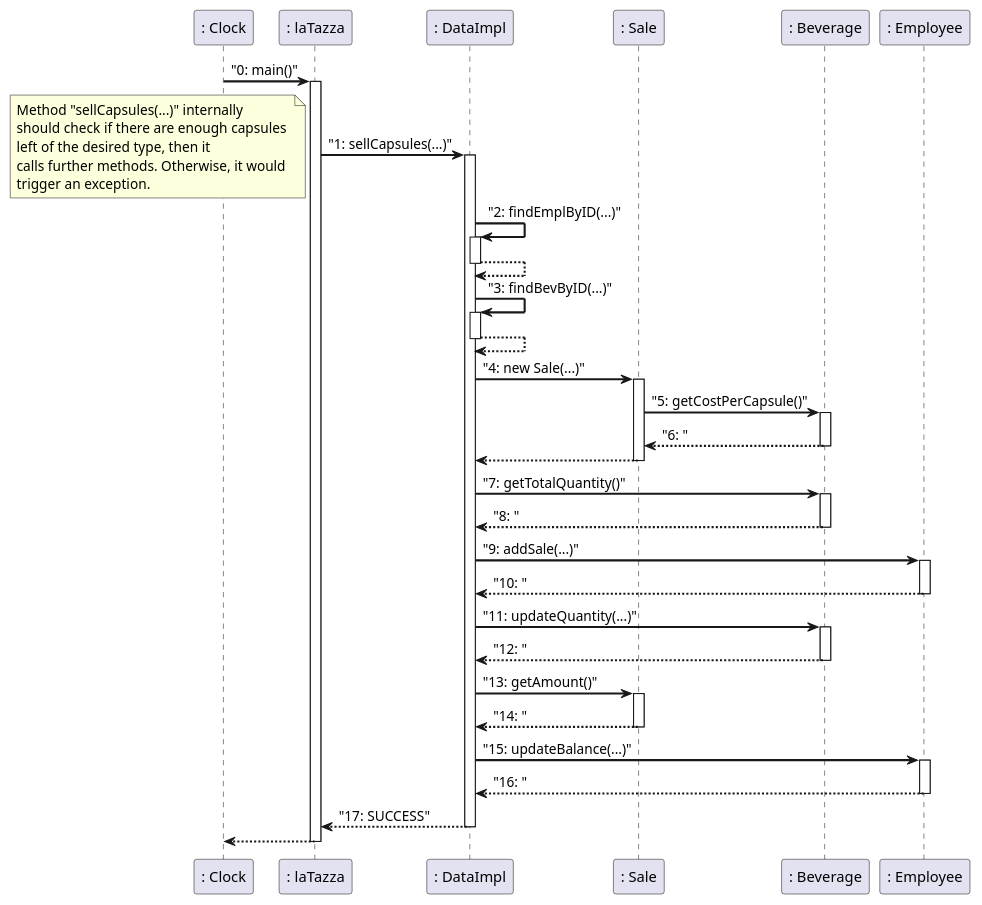
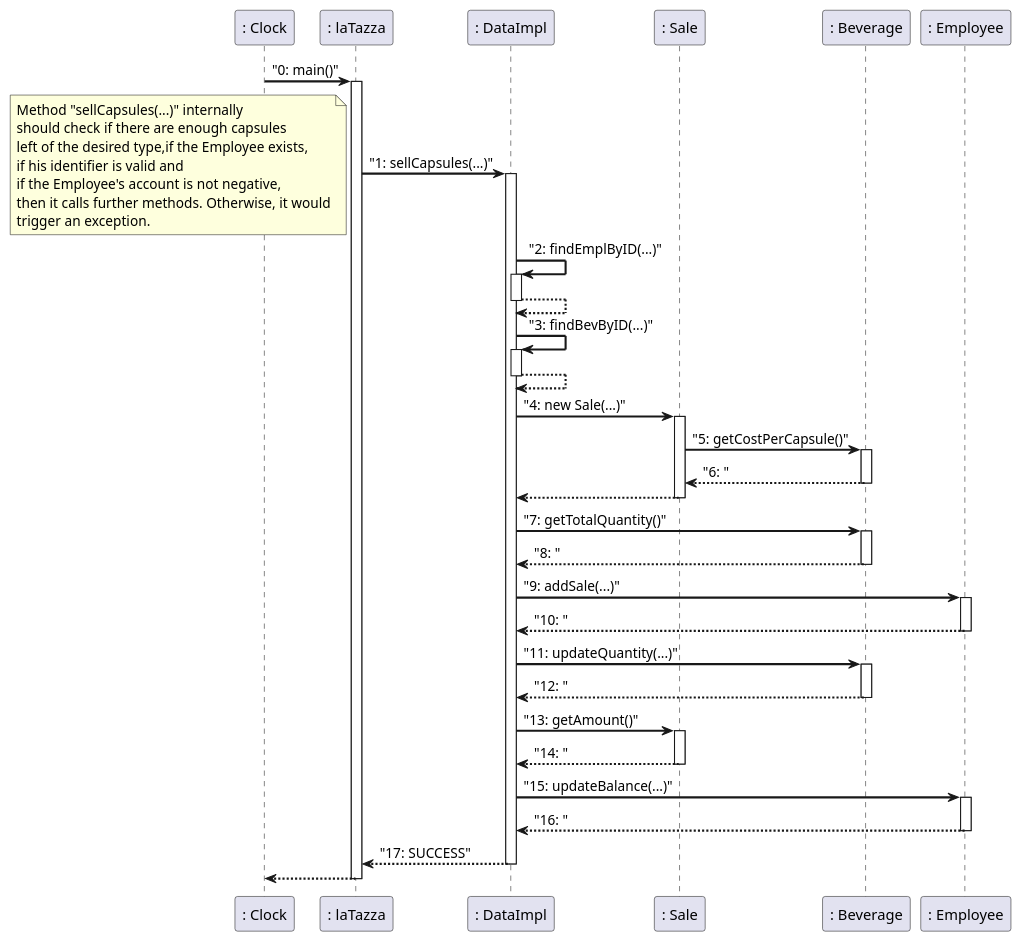
The fifth of 6 diagrams in templates/DesignDocumentTemplate.md (DarkSee/LaTazza), drawn with PlantUML before and after one commit. The commit also changed other lines of this file, not shown here.

Commit message:
Update note in Sequence Diagram

````diff
--- a/templates/DesignDocumentTemplate.md
+++ b/templates/DesignDocumentTemplate.md
@@ -238,52 +238,54 @@
 ```plantuml
 skinparam sequenceArrowThickness 2
 autoactivate on
 
 ": Clock" -> ": laTazza"  : "0: main()"
 ": laTazza" -> ": DataImpl": "1: sellCapsules(...)"
 
 note left
         Method "sellCapsules(...)" internally
         should check if there are enough capsules 
-        left of the desired type, then it 
-        calls further methods. Otherwise, it would
+        left of the desired type,if the Employee exists,
+        if his identifier is valid and
+        if the Employee's account is not negative,
+        then it calls further methods. Otherwise, it would
         trigger an exception.
 end note
 
 ": DataImpl" -> ": DataImpl": "2: findEmplByID(...)" 
 return
 
 
 ": DataImpl" -> ": DataImpl": "3: findBevByID(...)"
 return
 ": DataImpl" -> ": Sale": "4: new Sale(...)"
 
 ": Sale" -> ": Beverage": "5: getCostPerCapsule()"
 ": Sale" <--": Beverage": "6: "
 return
 
 ": DataImpl" -> ": Beverage": "7: getTotalQuantity()"
 ": DataImpl" <--": Beverage": "8: "
 
 
 ": DataImpl" -> ": Employee": "9: addSale(...)"
 ": Employee" --> ": DataImpl": "10: "
 
 ": DataImpl" -> ": Beverage": "11: updateQuantity(...)"
 ": Beverage" --> ": DataImpl": "12: "
 
 
 ": DataImpl" -> ": Sale": "13: getAmount()"
 
 ": Sale" --> ": DataImpl": "14: "
 
 ": DataImpl" -> ": Employee": "15: updateBalance(...)"
 
  ": Employee" --> ": DataImpl": "16: "
 
 
 
 return "17: SUCCESS" 
 return
 
 ```
````
